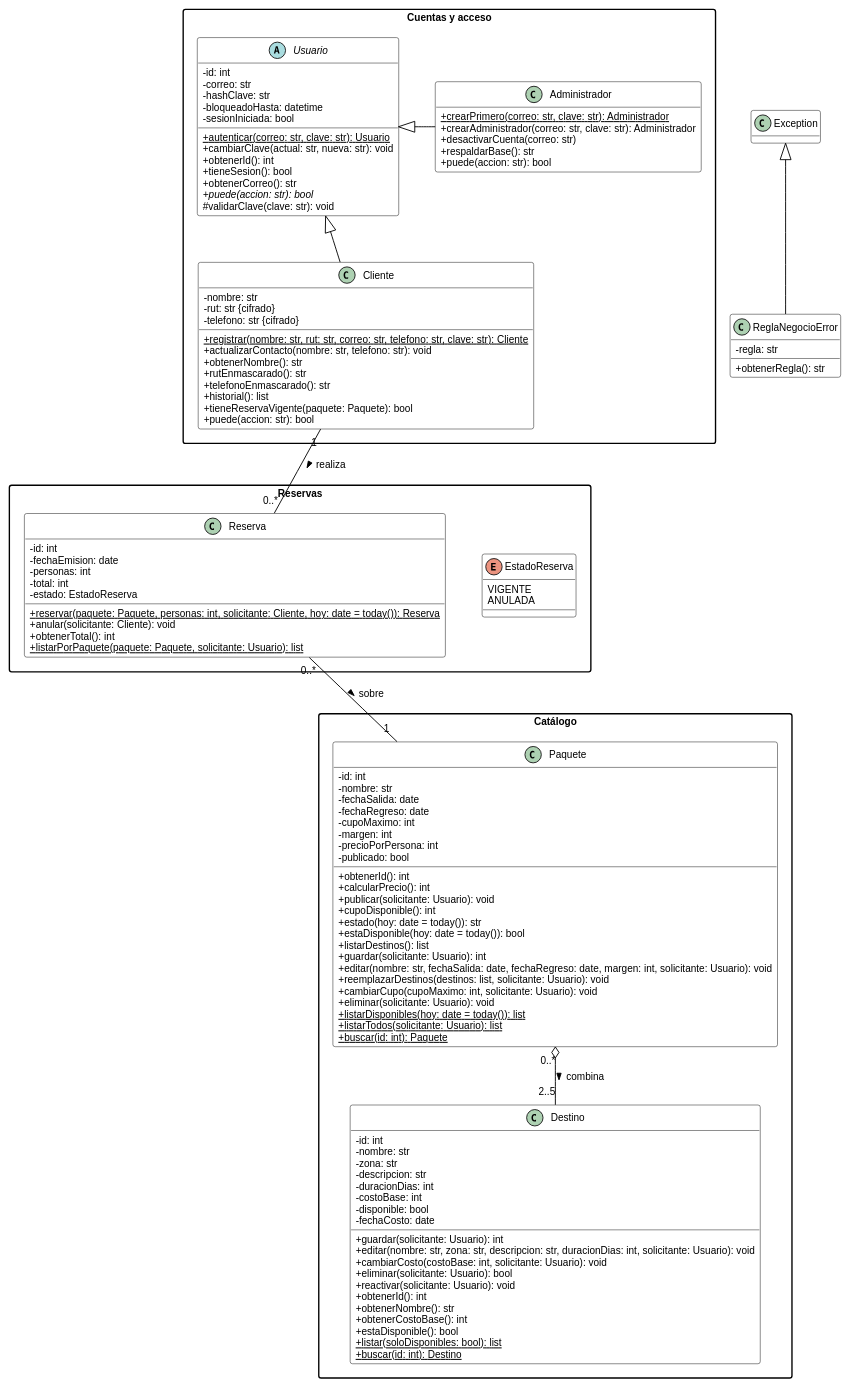
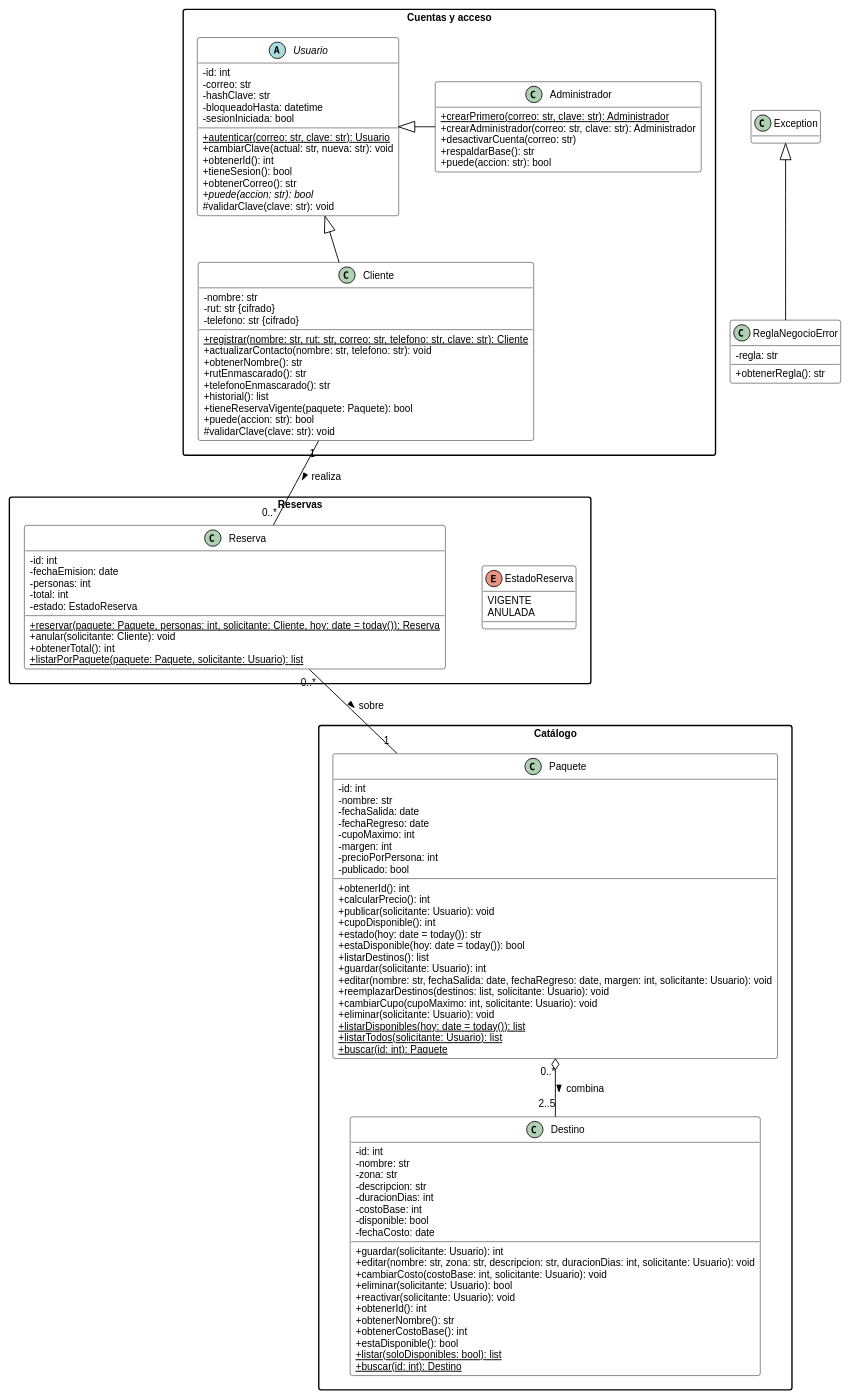
One commit to leonardoguerrerodev/POO-Viajes-Aventura changed the diagram in diagramas/clases.puml. Above: the diagram before and after it, drawn with PlantUML. The commit also changed 4 other files, not shown here.

First line of the commit message:
style(modelo): HU-23 comillas “ ” en los mensajes del programa y las pruebas, y Cliente.validarClave() en el diagrama de clases

```diff
--- a/diagramas/clases.puml
+++ b/diagramas/clases.puml
@@ -1,145 +1,146 @@
 @startuml clases
 ' Diagrama de clases de Viajes Aventura (paso 5 del plan). Convención de la ES1: nombres en camelCase,
 ' privado con «-», protegido con «#», sin constructor, «void» cuando no devuelve nada. El código usa
 ' snake_case, y pruebas/verificar.py (sección «uml») convierte uno en otro para compararlos.
 skinparam classAttributeIconSize 0
 skinparam defaultFontName "Liberation Sans"
 skinparam defaultFontSize 11
 skinparam shadowing false
 skinparam packageStyle rectangle
 skinparam class {
   BackgroundColor white
   BorderColor black
   ArrowColor black
 }
 skinparam note {
   BackgroundColor #f6f6f6
   BorderColor #666666
 }
 hide empty fields
 skinparam nodesep 40
 skinparam ranksep 50
 
 package "Cuentas y acceso" {
   abstract class Usuario {
     - id: int
     - correo: str
     - hashClave: str
     - bloqueadoHasta: datetime
     - sesionIniciada: bool
     + {static} autenticar(correo: str, clave: str): Usuario
     + cambiarClave(actual: str, nueva: str): void
     + obtenerId(): int
     + tieneSesion(): bool
     + obtenerCorreo(): str
     + {abstract} puede(accion: str): bool
     # validarClave(clave: str): void
   }
 
   class Cliente {
     - nombre: str
     - rut: str {cifrado}
     - telefono: str {cifrado}
     + {static} registrar(nombre: str, rut: str, correo: str, telefono: str, clave: str): Cliente
     + actualizarContacto(nombre: str, telefono: str): void
     + obtenerNombre(): str
     + rutEnmascarado(): str
     + telefonoEnmascarado(): str
     + historial(): list
     + tieneReservaVigente(paquete: Paquete): bool
     + puede(accion: str): bool
+    # validarClave(clave: str): void
   }
 
   class Administrador {
     + {static} crearPrimero(correo: str, clave: str): Administrador
     + crearAdministrador(correo: str, clave: str): Administrador
     + desactivarCuenta(correo: str)
     + respaldarBase(): str
     + puede(accion: str): bool
   }
 }
 
 package "Catálogo" {
   class Destino {
     - id: int
     - nombre: str
     - zona: str
     - descripcion: str
     - duracionDias: int
     - costoBase: int
     - disponible: bool
     - fechaCosto: date
     + guardar(solicitante: Usuario): int
     + editar(nombre: str, zona: str, descripcion: str, duracionDias: int, solicitante: Usuario): void
     + cambiarCosto(costoBase: int, solicitante: Usuario): void
     + eliminar(solicitante: Usuario): bool
     + reactivar(solicitante: Usuario): void
     + obtenerId(): int
     + obtenerNombre(): str
     + obtenerCostoBase(): int
     + estaDisponible(): bool
     + {static} listar(soloDisponibles: bool): list
     + {static} buscar(id: int): Destino
   }
 
   class Paquete {
     - id: int
     - nombre: str
     - fechaSalida: date
     - fechaRegreso: date
     - cupoMaximo: int
     - margen: int
     - precioPorPersona: int
     - publicado: bool
     + obtenerId(): int
     + calcularPrecio(): int
     + publicar(solicitante: Usuario): void
     + cupoDisponible(): int
     + estado(hoy: date = today()): str
     + estaDisponible(hoy: date = today()): bool
     + listarDestinos(): list
     + guardar(solicitante: Usuario): int
     + editar(nombre: str, fechaSalida: date, fechaRegreso: date, margen: int, solicitante: Usuario): void
     + reemplazarDestinos(destinos: list, solicitante: Usuario): void
     + cambiarCupo(cupoMaximo: int, solicitante: Usuario): void
     + eliminar(solicitante: Usuario): void
     + {static} listarDisponibles(hoy: date = today()): list
     + {static} listarTodos(solicitante: Usuario): list
     + {static} buscar(id: int): Paquete
   }
 }
 
 package "Reservas" {
   class Reserva {
     - id: int
     - fechaEmision: date
     - personas: int
     - total: int
     - estado: EstadoReserva
     + {static} reservar(paquete: Paquete, personas: int, solicitante: Cliente, hoy: date = today()): Reserva
     + anular(solicitante: Cliente): void
     + obtenerTotal(): int
     + {static} listarPorPaquete(paquete: Paquete, solicitante: Usuario): list
   }
 
   enum EstadoReserva {
     VIGENTE
     ANULADA
   }
 }
 
 class ReglaNegocioError {
   - regla: str
   + obtenerRegla(): str
 }
 
 Usuario <|-- Cliente
 Usuario <|-right- Administrador
 Cliente "1" -down- "0..*" Reserva : realiza >
 Reserva -[hidden]right- EstadoReserva
 Administrador -[hidden]right- Paquete
 Paquete "0..*" o-down- "2..5" Destino : combina >
 Reserva "0..*" -- "1" Paquete : sobre >
 Exception <|-- ReglaNegocioError
 
 @enduml
```
